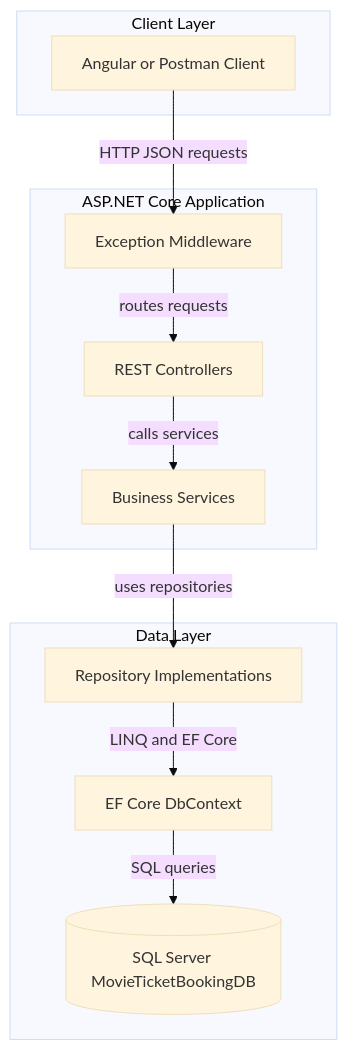
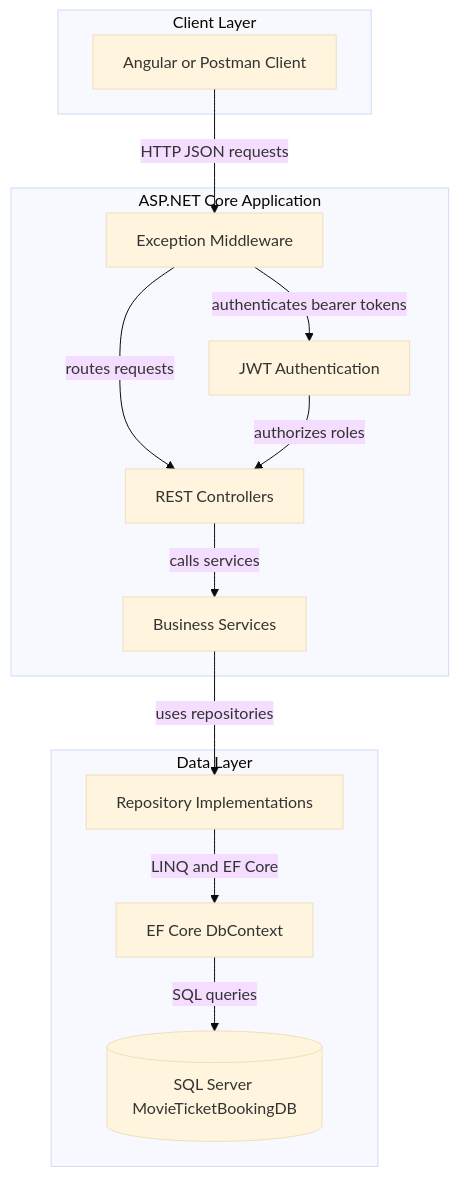
The first of 2 diagrams in C# & .net/MovieTicketBookingSystem/docs/architecture-diagram.md (the-AbdulRafik/Csharp-FullStack-Tutorial), drawn with Mermaid (base theme) before and after one commit. The commit also changed other lines of this file and 30 other files, not shown here.

Commit message:
feat: complete JWT authentication and authorization

```diff
--- a/C# & .net/MovieTicketBookingSystem/docs/architecture-diagram.md
+++ b/C# & .net/MovieTicketBookingSystem/docs/architecture-diagram.md
@@ -8,23 +8,26 @@
 ~~~mermaid
 flowchart TD
     subgraph Client["Client Layer"]
         ApiClient["Angular or Postman Client"]
     end
     subgraph App["ASP.NET Core Application"]
         Controllers["REST Controllers"]
         Services["Business Services"]
+        Security["JWT Authentication"]
         Middleware["Exception Middleware"]
     end
     subgraph Data["Data Layer"]
         Repositories["Repository Implementations"]
         Context["EF Core DbContext"]
         Database[("SQL Server MovieTicketBookingDB")]
     end
 
     ApiClient -->|"HTTP JSON requests"| Middleware
     Middleware -->|"routes requests"| Controllers
     Controllers -->|"calls services"| Services
+    Middleware -->|"authenticates bearer tokens"| Security
+    Security -->|"authorizes roles"| Controllers
     Services -->|"uses repositories"| Repositories
     Repositories -->|"LINQ and EF Core"| Context
     Context -->|"SQL queries"| Database
 ~~~
```
